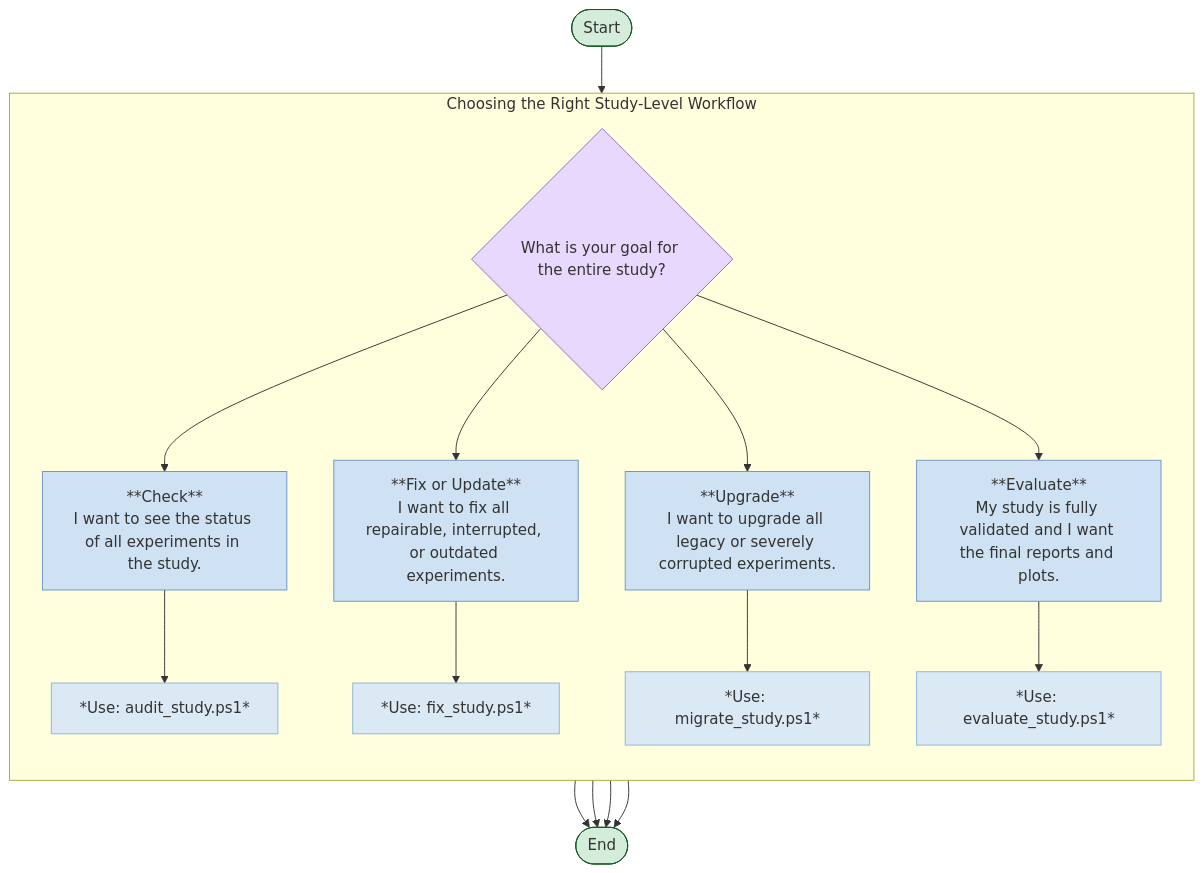
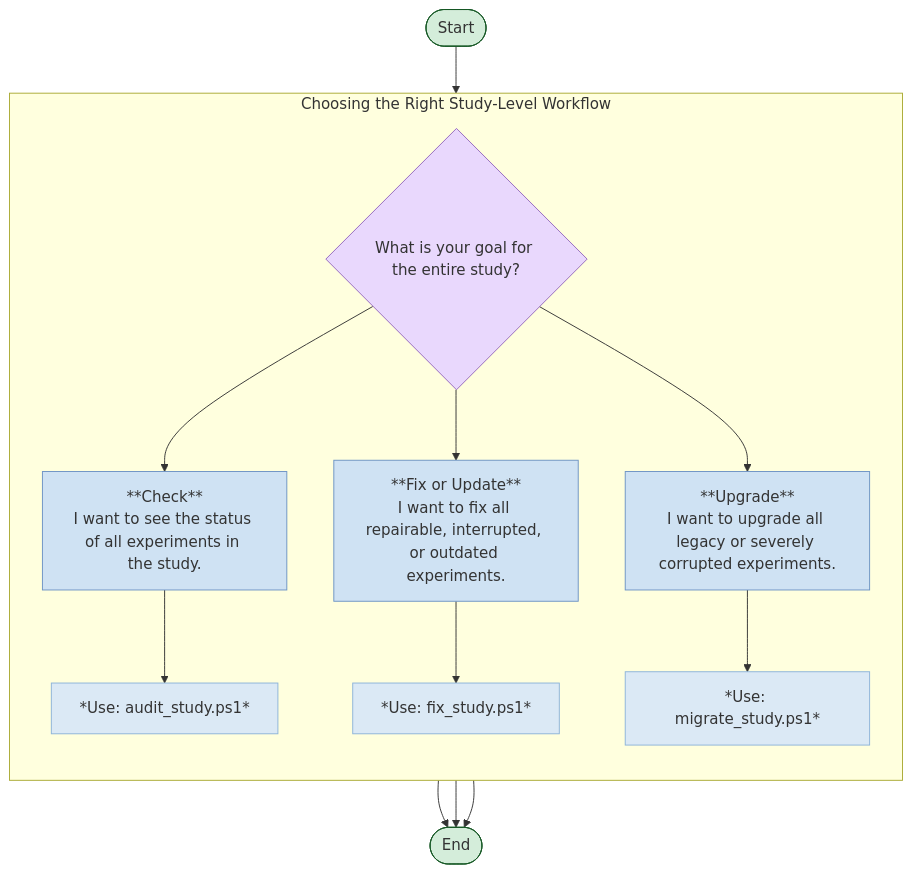
Before and after one commit to peterjmarko/llm-narrative-framework: the diagram in docs/diagrams/logic_workflow_chooser_study.mmd, drawn with Mermaid. The commit also changed 13 other files, not shown here.

```diff
--- a/docs/diagrams/logic_workflow_chooser_study.mmd
+++ b/docs/diagrams/logic_workflow_chooser_study.mmd
@@ -1,51 +1,45 @@
 graph TD
     %% --- Style Definitions (copy from single-experiment chooser for consistency) ---
     classDef start_end_node fill:#d4edda,stroke:#155724;
     classDef decision_node fill:#e9d8fd,stroke:#9467bd,color:#333;
     classDef case_node fill:#cfe2f3,stroke:#6c93c4,color:#333;
     classDef instruction_node fill:#dbe9f5,stroke:#8cb3d9,color:#333;
     
     %% === Nodes for Study-Level Decision Tree ===
     start_node(["Start"]):::start_end_node;
 
     subgraph "Choosing the Right Study-Level Workflow"
         direction TB
 
         main_decision{"What is your goal for the entire study?"}:::decision_node
 
         %% Branch 1: Check
         case_1["**Check**<br/>I want to see the status of all experiments in the study."]:::case_node
         instruction_1["*Use: audit_study.ps1*"]:::instruction_node
         
         %% Branch 2: Fix / Update
         case_2["**Fix or Update**<br/>I want to fix all repairable, interrupted, or outdated experiments."]:::case_node
         instruction_2["*Use: fix_study.ps1*"]:::instruction_node
 
         %% Branch 3: Upgrade
         case_3["**Upgrade**<br/>I want to upgrade all legacy or severely corrupted experiments."]:::case_node
         instruction_3["*Use: migrate_study.ps1*"]:::instruction_node
 
-        %% Branch 4: Evaluate
-        case_4["**Evaluate**<br/>My study is fully validated and I want the final reports and plots."]:::case_node
-        instruction_4["*Use: evaluate_study.ps1*"]:::instruction_node
     end
 
     end_node(["End"]):::start_end_node;
 
     %% === Connections ===
     start_node --> main_decision;
 
     main_decision --> case_1;
     main_decision --> case_2;
     main_decision --> case_3;
-    main_decision --> case_4;
 
     case_1 --> instruction_1;
     case_2 --> instruction_2;
     case_3 --> instruction_3;
-    case_4 --> instruction_4;
     
     instruction_1 --> end_node;
     instruction_2 --> end_node;
     instruction_3 --> end_node;
-    instruction_4 --> end_node;
```
